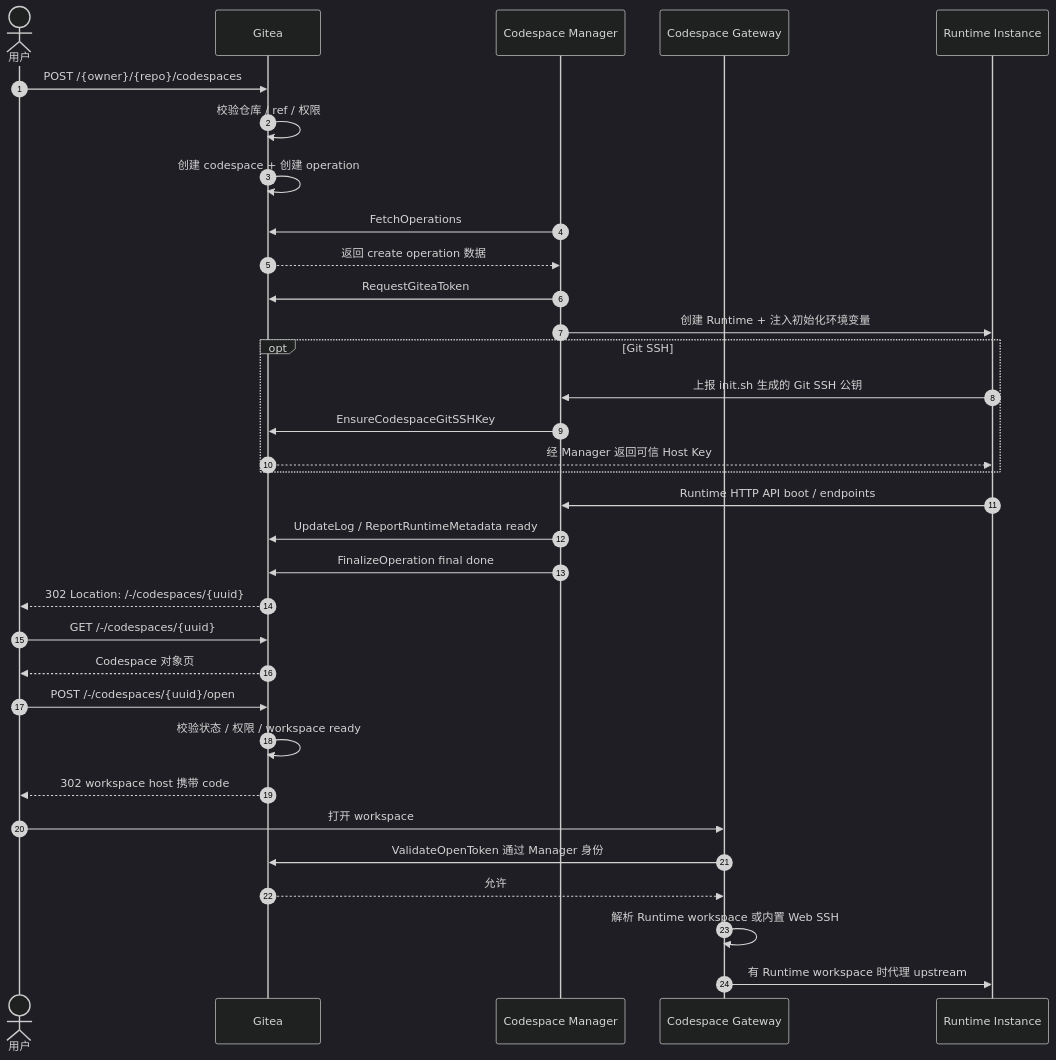
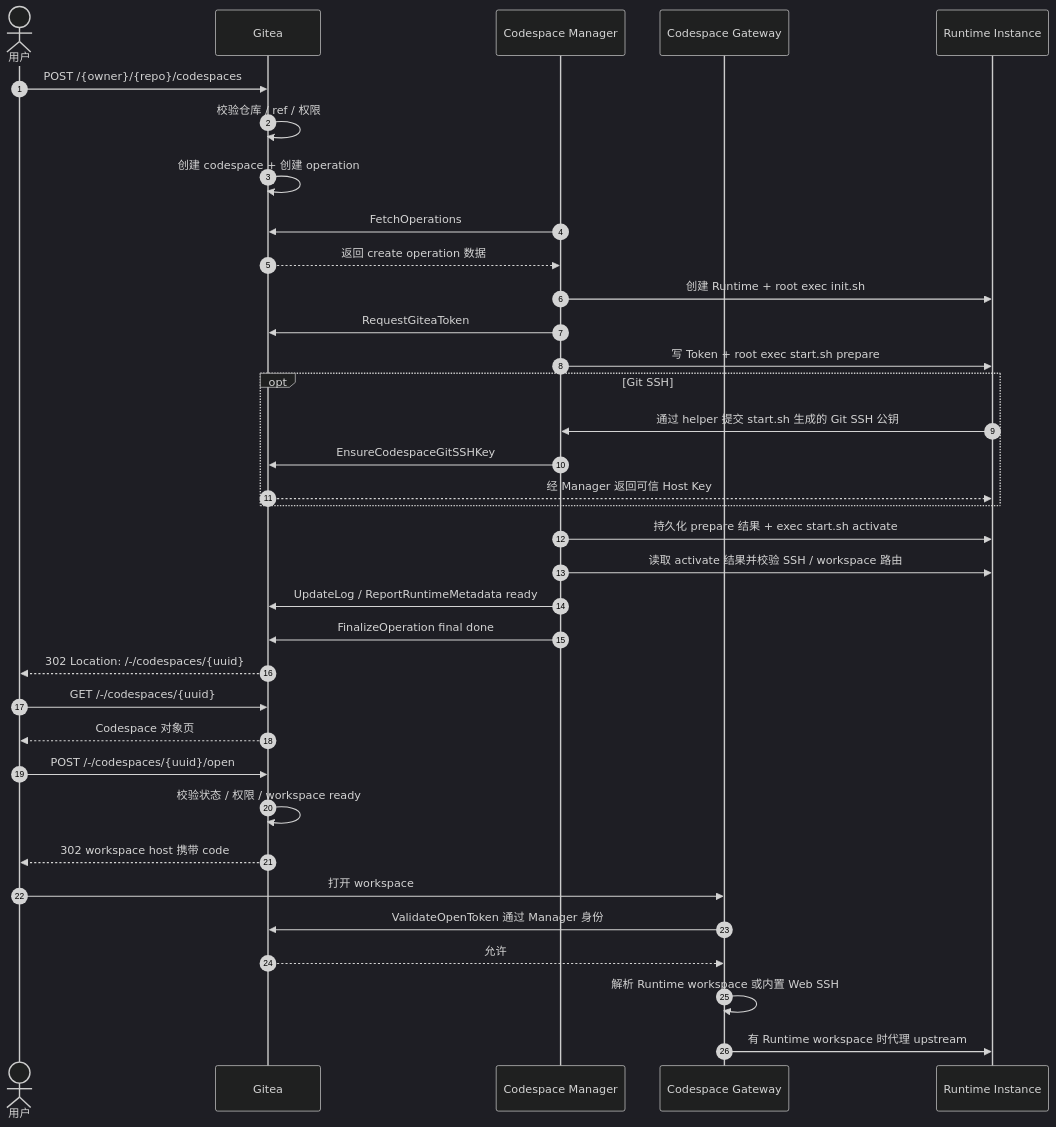
One commit to ExplodingDragon/gitea-dev changed the second of 2 diagrams in src/README.md. Above: the diagram before and after it, drawn with Mermaid (dark theme). The commit also changed other lines of this file and 11 other files, not shown here.

````diff
--- a/src/README.md
+++ b/src/README.md
@@ -87,37 +89,39 @@
 ```mermaid
 sequenceDiagram
     autonumber
     actor User as 用户
     participant Gitea
     participant Manager as Codespace Manager
     participant Gateway as Codespace Gateway
     participant Runtime as Runtime Instance
 
     User->>Gitea: POST /{owner}/{repo}/codespaces
     Gitea->>Gitea: 校验仓库 / ref / 权限
     Gitea->>Gitea: 创建 codespace + 创建 operation
     Manager->>Gitea: FetchOperations
     Gitea-->>Manager: 返回 create operation 数据
+    Manager->>Runtime: 创建 Runtime + root exec init.sh
     Manager->>Gitea: RequestGiteaToken
-    Manager->>Runtime: 创建 Runtime + 注入初始化环境变量
+    Manager->>Runtime: 写 Token + root exec start.sh prepare
     opt Git SSH
-        Runtime->>Manager: 上报 init.sh 生成的 Git SSH 公钥
+        Runtime->>Manager: 通过 helper 提交 start.sh 生成的 Git SSH 公钥
         Manager->>Gitea: EnsureCodespaceGitSSHKey
         Gitea-->>Runtime: 经 Manager 返回可信 Host Key
     end
-    Runtime->>Manager: Runtime HTTP API boot / endpoints
+    Manager->>Runtime: 持久化 prepare 结果 + exec start.sh activate
+    Manager->>Runtime: 读取 activate 结果并校验 SSH / workspace 路由
     Manager->>Gitea: UpdateLog / ReportRuntimeMetadata ready
     Manager->>Gitea: FinalizeOperation final done
     Gitea-->>User: 302 Location: /-/codespaces/{uuid}
     User->>Gitea: GET /-/codespaces/{uuid}
     Gitea-->>User: Codespace 对象页
 
     User->>Gitea: POST /-/codespaces/{uuid}/open
     Gitea->>Gitea: 校验状态 / 权限 / workspace ready
     Gitea-->>User: 302 workspace host 携带 code
     User->>Gateway: 打开 workspace
     Gateway->>Gitea: ValidateOpenToken 通过 Manager 身份
     Gitea-->>Gateway: 允许
     Gateway->>Gateway: 解析 Runtime workspace 或内置 Web SSH
     Gateway->>Runtime: 有 Runtime workspace 时代理 upstream
 ```
````
